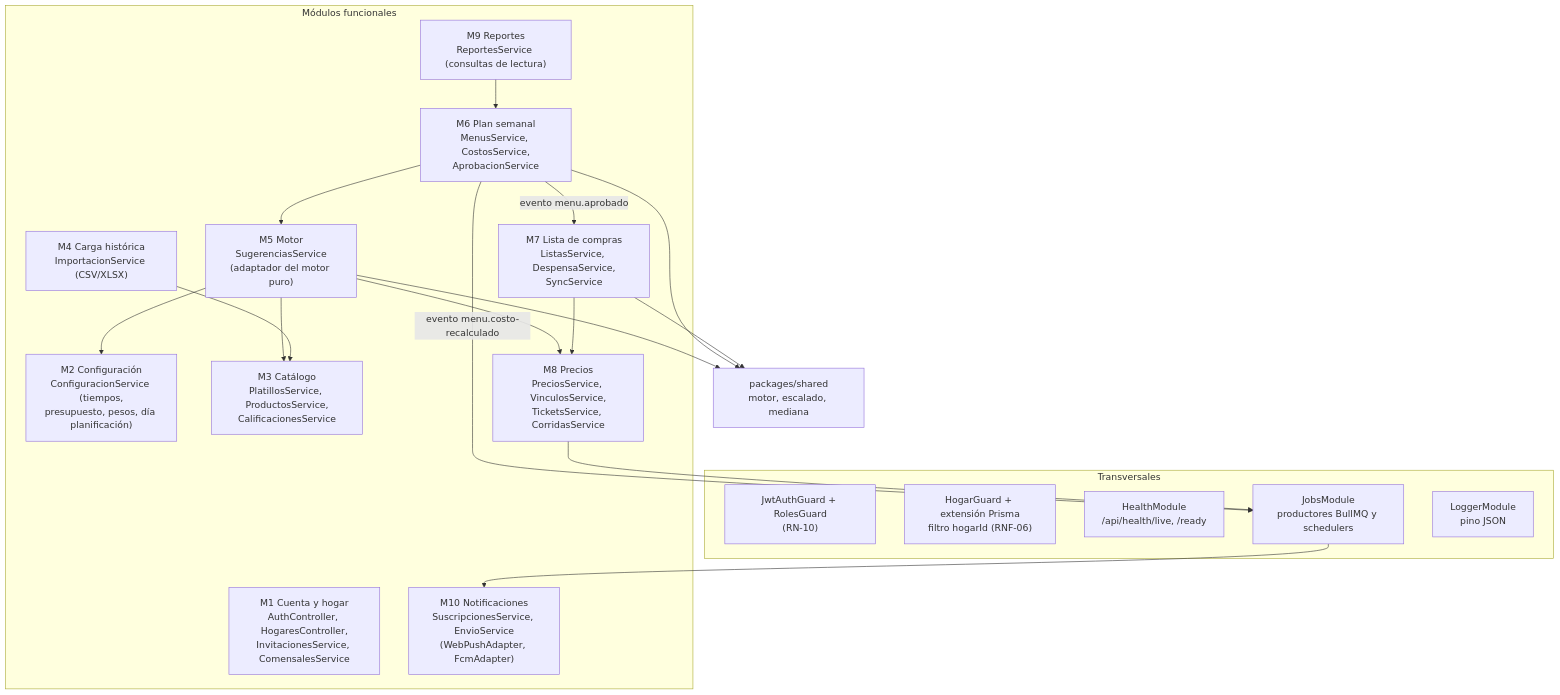
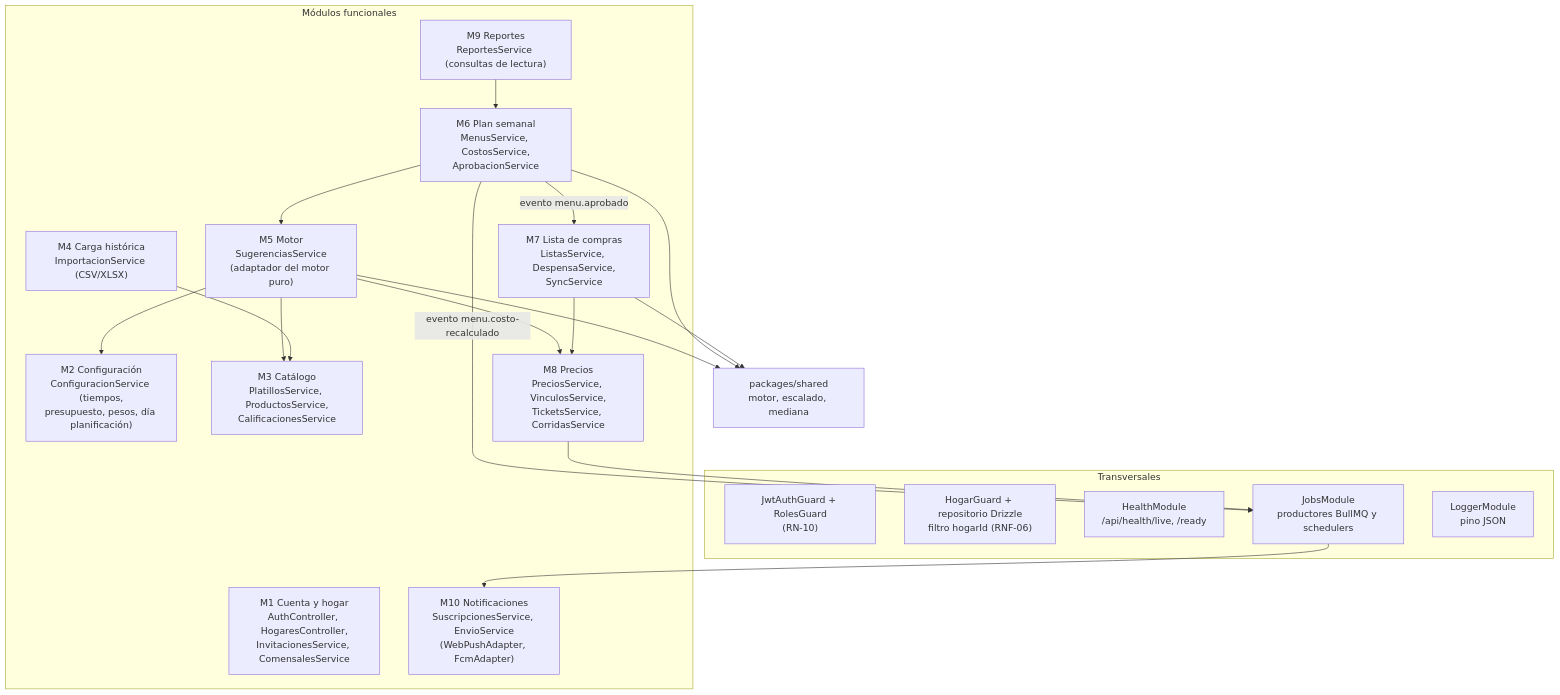
The third of 5 diagrams in docs/02-diseno/arquitectura.md (devrenerosales/App_Comidas), drawn with Mermaid before and after one commit. The commit also changed other lines of this file and 27 other files, not shown here.

````diff
--- a/docs/02-diseno/arquitectura.md
+++ b/docs/02-diseno/arquitectura.md
@@ -140,40 +138,40 @@
 ```mermaid
 flowchart TB
   subgraph TRANS["Transversales"]
     AUTHG["JwtAuthGuard + RolesGuard<br>(RN-10)"]
-    HG["HogarGuard + extensión Prisma<br>filtro hogarId (RNF-06)"]
+    HG["HogarGuard + repositorio Drizzle<br>filtro hogarId (RNF-06)"]
     HEALTH["HealthModule<br>/api/health/live, /ready"]
     JOBS["JobsModule<br>productores BullMQ y schedulers"]
     LOG["LoggerModule<br>pino JSON"]
   end
 
   subgraph MODS["Módulos funcionales"]
     M1["M1 Cuenta y hogar<br>AuthController, HogaresController,<br>InvitacionesService, ComensalesService"]
     M2["M2 Configuración<br>ConfiguracionService (tiempos,<br>presupuesto, pesos, día planificación)"]
     M3["M3 Catálogo<br>PlatillosService, ProductosService,<br>CalificacionesService"]
     M4["M4 Carga histórica<br>ImportacionService (CSV/XLSX)"]
     M5["M5 Motor<br>SugerenciasService<br>(adaptador del motor puro)"]
     M6["M6 Plan semanal<br>MenusService, CostosService,<br>AprobacionService"]
     M7["M7 Lista de compras<br>ListasService, DespensaService,<br>SyncService"]
     M8["M8 Precios<br>PreciosService, VinculosService,<br>TicketsService, CorridasService"]
     M9["M9 Reportes<br>ReportesService (consultas de lectura)"]
     M10["M10 Notificaciones<br>SuscripcionesService, EnvioService<br>(WebPushAdapter, FcmAdapter)"]
   end
 
   SH["packages/shared<br>motor, escalado, mediana"]
 
   M5 --> SH
   M6 --> SH
   M7 --> SH
   M5 --> M2
   M5 --> M3
   M5 --> M8
   M6 --> M5
   M6 -- "evento menu.aprobado" --> M7
   M6 -- "evento menu.costo-recalculado" --> JOBS
   M7 --> M8
   M4 --> M3
   M9 --> M6
   M8 --> JOBS
   JOBS --> M10
 ```
````
